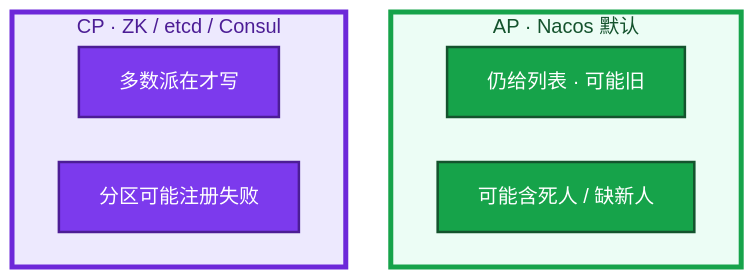
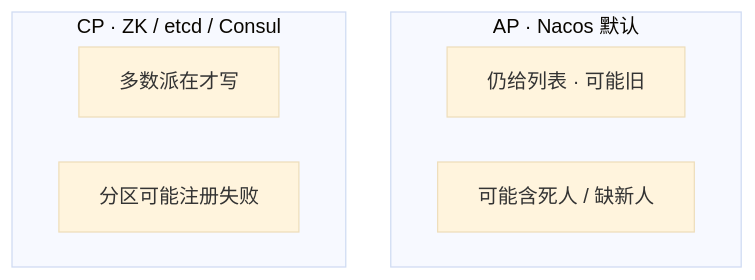
The fourth of 8 diagrams in 02-中间件与数据库/08-注册中心与配置中心/知识点.md (ml-cuizijun/LearnToLilith), drawn with Mermaid before and after one commit. The commit also changed other lines of this file and 470 other files, not shown here.

````diff
--- a/02-中间件与数据库/08-注册中心与配置中心/知识点.md
+++ b/02-中间件与数据库/08-注册中心与配置中心/知识点.md
@@ -244,20 +232,16 @@
 ```mermaid
 %%{init: {"flowchart": {"padding": 16, "nodeSpacing": 36}, "theme": "base"}}%%
 flowchart TB
     subgraph ap ["AP · Nacos 默认"]
         a1["仍给列表 · 可能旧"]
         a2["可能含死人 / 缺新人"]
     end
     subgraph cp ["CP · ZK / etcd / Consul"]
         c1["多数派在才写"]
         c2["分区可能注册失败"]
     end
 
-    classDef ok fill:#16A34A,stroke:#14532D,stroke-width:2px,color:#fff
-    classDef mid fill:#7C3AED,stroke:#4C1D95,stroke-width:2px,color:#fff
     class a1,a2 ok
     class c1,c2 mid
 
-    style ap fill:#ECFDF5,stroke:#16A34A,stroke-width:4px,color:#14532D
-    style cp fill:#EDE9FE,stroke:#6D28D9,stroke-width:4px,color:#4C1D95
 ```
````
